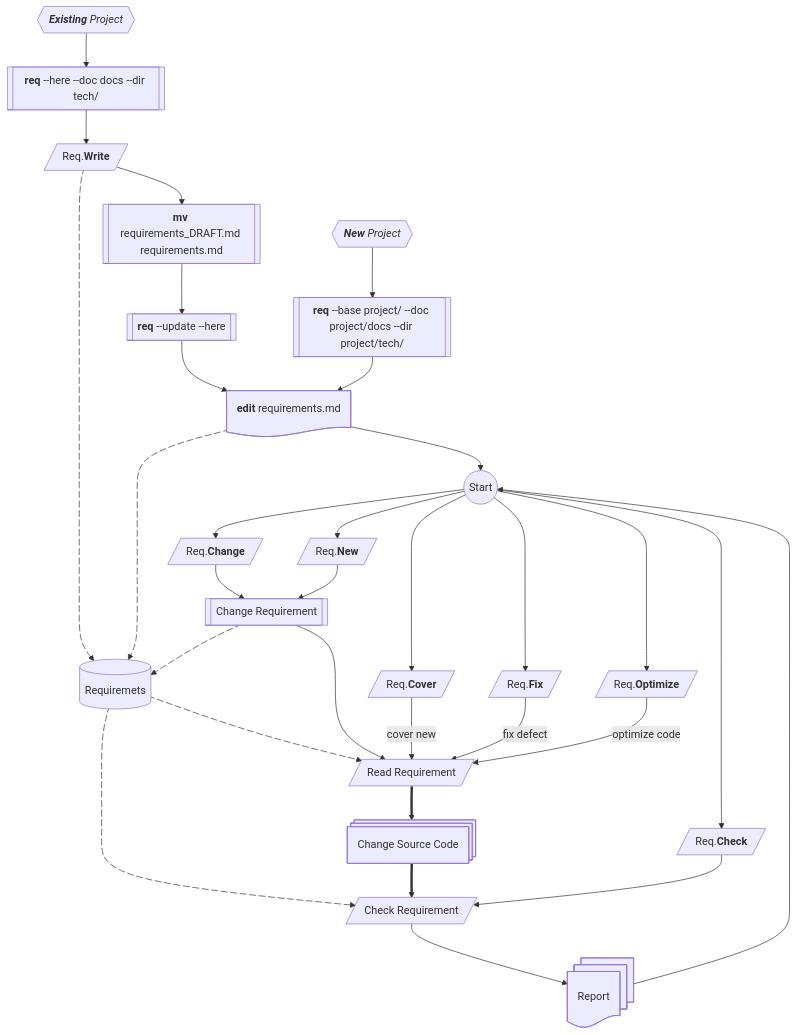
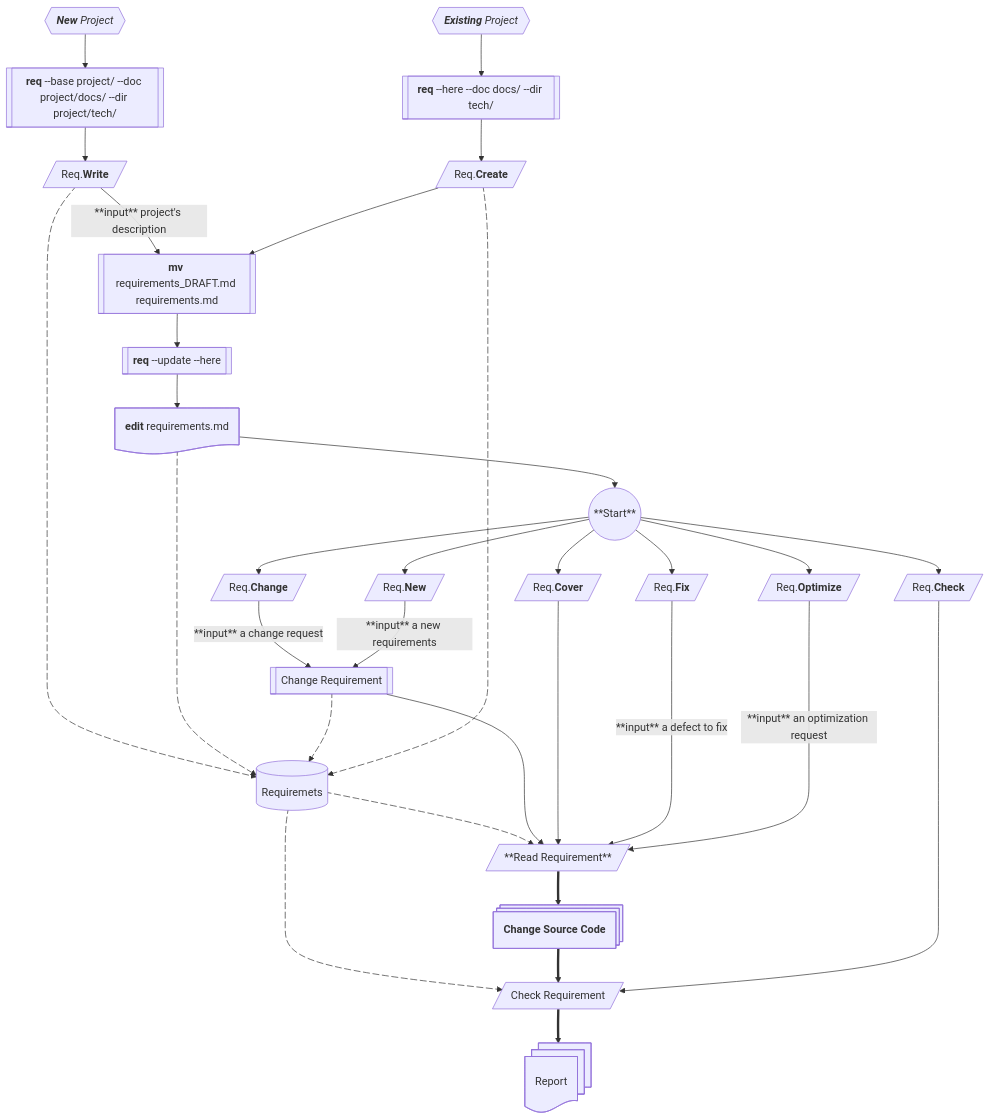
Before and after one commit to Ogekuri/useReq: the diagram in images/flowchart.md, drawn with Mermaid. The commit also changed 7 other files, not shown here.

Commit message:
new(core): rename write into create, implement write.

````diff
--- a/images/flowchart.md
+++ b/images/flowchart.md
@@ -2,80 +2,82 @@
 ```mermaid
 flowchart TD
     %% Flowchart
-    START((Start))
+    START((**Start**))
     NP@{ shape: hex, label: "***New*** *Project*"}
     EP@{ shape: hex, label: "***Existing*** *Project*"}
-    CMDNP@{ shape: subproc, label: "**req** --base project/ --doc project/docs --dir project/tech/" }
-    CMDEP@{ shape: subproc, label: "**req** --here --doc docs --dir tech/" }
+    CMDNP@{ shape: subproc, label: "**req** --base project/ --doc project/docs/ --dir project/tech/" }
+    CMDEP@{ shape: subproc, label: "**req** --here --doc docs/ --dir tech/" }
     CMDUPDATE@{ shape: subproc, label: "**req** --update --here" }
     EDIT@{ shape: doc, label: "**edit** requirements.md" }
     REQ[(Requiremets)]
     CHANGE@{ shape: lean-r, label: "Req.**Change**"}
     CHECK@{ shape: lean-r, label: "Req.**Check**"}
     COVER@{ shape: lean-r, label: "Req.**Cover**"}
     FIX@{ shape: lean-r, label: "Req.**Fix**"}
     NEW@{ shape: lean-r, label: "Req.**New**"}
     OPTIMIZE@{ shape: lean-r, label: "Req.**Optimize**"}
     WRITE@{ shape: lean-r, label: "Req.**Write**"}
+    CREATE@{ shape: lean-r, label: "Req.**Create**"}
     RENAME@{ shape: subproc, label: "**mv** requirements_DRAFT.md requirements.md" }
     REQ_CHANGE[[Change Requirement]]
-    REQ_READ[/Read Requirement/]
+    REQ_READ[/**Read Requirement**/]
     REQ_CHECK[/Check Requirement/]
-    CODE_CHANGE@{ shape: procs, label: "Change Source Code"}
+    CODE_CHANGE@{ shape: procs, label: "**Change Source Code**"}
     REPORT@{ shape: docs, label: "Report"}
 
-
+    %% New Project
+    NP --> CMDNP
+    CMDNP --> WRITE
+    WRITE -- **input** project's description --> RENAME
 
     %% Existing Project
     EP --> CMDEP
-    CMDEP --> WRITE
-    WRITE --> RENAME
+    CMDEP --> CREATE
+    CREATE--> RENAME
     RENAME --> CMDUPDATE
     CMDUPDATE --> EDIT
     EDIT --> START
 
     %% Requirements
     REQ e1@-.-> REQ_READ
     e1@{ animate: true }
     REQ e2@-.-> REQ_CHECK
     e2@{ animate: true }
     WRITE e3@-.-> REQ
     e3@{ animate: true }
     EDIT e4@-.-> REQ
     e4@{ animate: true }
     REQ_CHANGE e5@-.-> REQ
     e5@{ animate: true }
+    CREATE e6@-.-> REQ
+    e6@{ animate: true }
 
     %% Change
     START --> CHANGE
-    CHANGE --> REQ_CHANGE
+    CHANGE -- **input** a change request --> REQ_CHANGE
     REQ_CHANGE --> REQ_READ
     REQ_READ ==> CODE_CHANGE
     CODE_CHANGE ==> REQ_CHECK
-    REQ_CHECK --> REPORT
-    REPORT --> START
+    REQ_CHECK ==> REPORT
+    %% REPORT --> START
 
     %% Check
     START --> CHECK
-    CHECK --> REQ_CHECK
+    CHECK ------> REQ_CHECK
 
     %% Cover
     START --> COVER
-    COVER -- cover new --> REQ_READ
+    COVER ----> REQ_READ
 
     %% Fix
     START --> FIX
-    FIX -- fix defect --> REQ_READ
+    FIX -- **input** a defect to fix ----> REQ_READ
 
     %% Optimize
     START --> OPTIMIZE
-    OPTIMIZE -- optimize code --> REQ_READ
+    OPTIMIZE -- **input** an optimization request ----> REQ_READ
 
     %% New
     START --> NEW
-    NEW --> REQ_CHANGE
-
-        %% New Project
-    NP --> CMDNP
-    CMDNP --> EDIT
+    NEW -- **input** a new requirements--> REQ_CHANGE 
 ```
````
